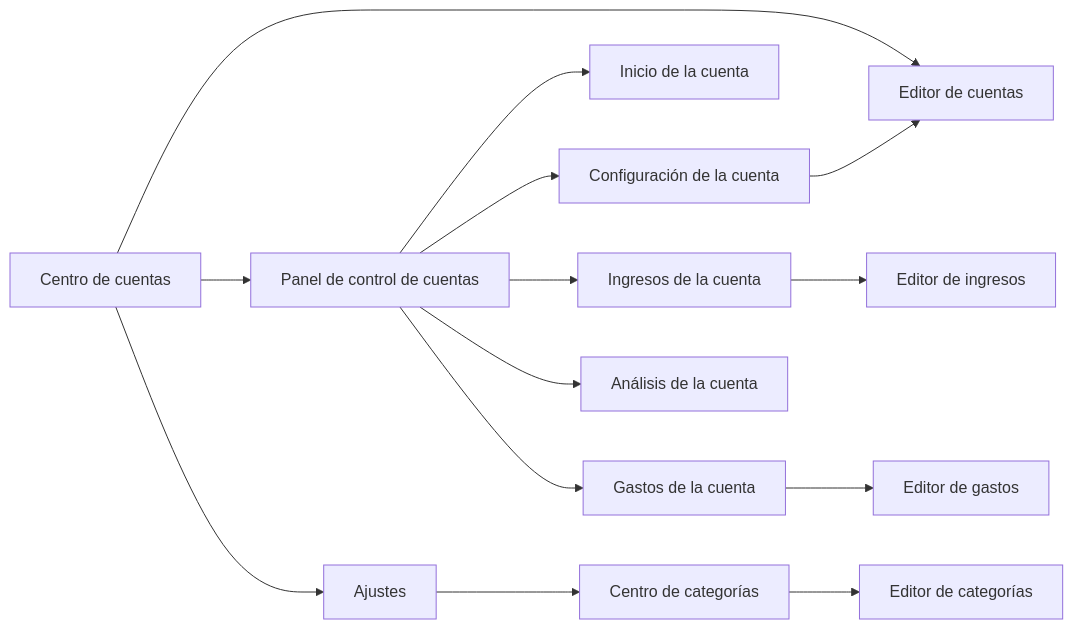
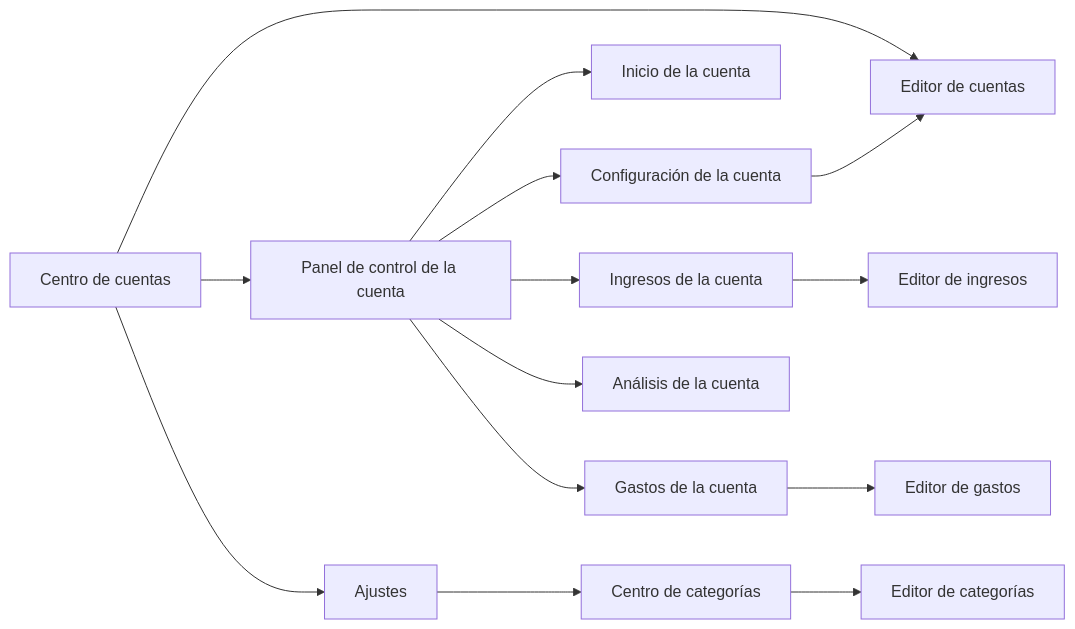
The diagram in docs/VIEWS.md (Chametzz/myconta), drawn with Mermaid before and after one commit. The commit also changed 5 other files, not shown here.

````diff
--- a/docs/VIEWS.md
+++ b/docs/VIEWS.md
@@ -321,34 +321,34 @@
 ```mermaid
 graph LR
     AccountHub[Centro de cuentas]
     AccountEditor[Editor de cuentas]
     Settings[Ajustes]
     CategoryHub[Centro de categorías]
     CategoryEditor[Editor de categorías]
-    AccountDashboard[Panel de control de cuentas]
+    AccountDashboard[Panel de control de la cuenta]
     AccountHome[Inicio de la cuenta]
     AccountIncome[Ingresos de la cuenta]
     AccountExpenses[Gastos de la cuenta]
     IncomeEditor[Editor de ingresos]
     ExpenseEditor[Editor de gastos]
     AccountAnalysis[Análisis de la cuenta]
     MyAccount[Configuración de la cuenta]
     
     AccountHub --> AccountEditor
     AccountHub --> AccountDashboard
     AccountHub --> Settings
     
     AccountDashboard --> AccountHome
     AccountDashboard --> AccountIncome
     AccountDashboard --> AccountExpenses
     AccountDashboard --> AccountAnalysis
     AccountDashboard --> MyAccount
     
     Settings --> CategoryHub
     CategoryHub --> CategoryEditor
 
     AccountIncome --> IncomeEditor
     AccountExpenses --> ExpenseEditor
 
     MyAccount --> AccountEditor
 ```
````
